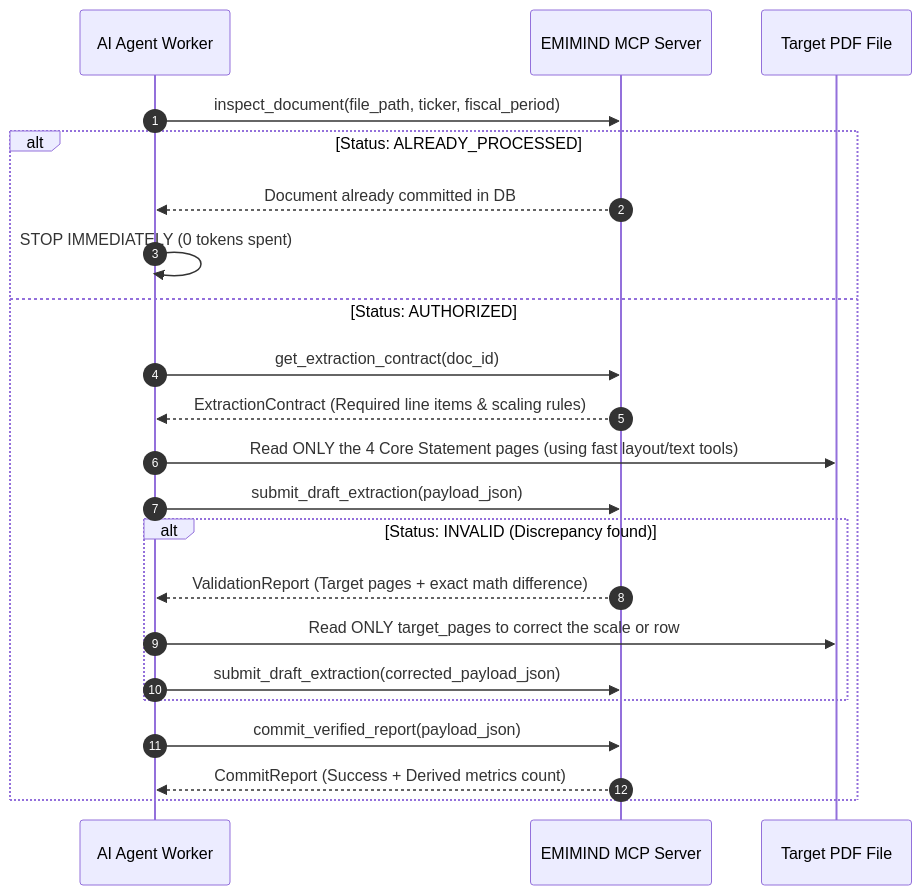
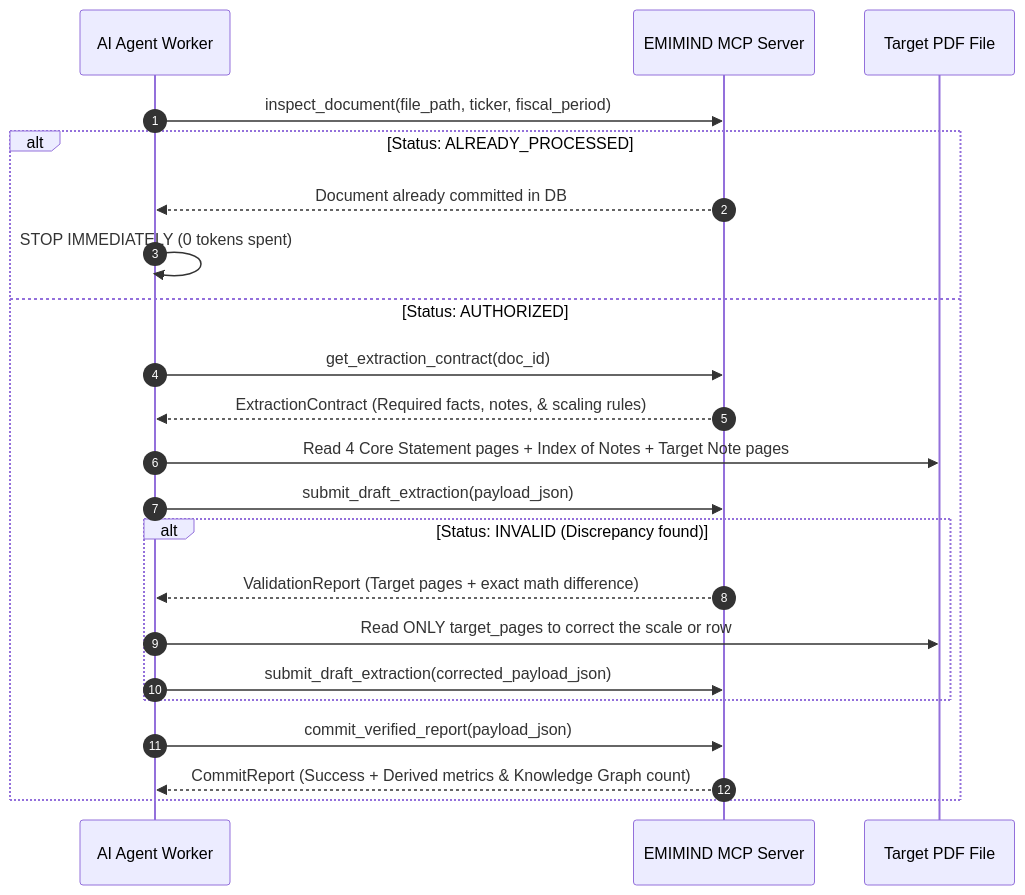
Before and after one commit to rizkysaputra4/EmiMind: the diagram in incoming_reports/INSTRUCTIONS.md, drawn with Mermaid. The commit also changed other lines of this file and 3 other files, not shown here.

Commit message:
feat(mcp): support causal links extraction and targeted note navigation in MCP contract

````diff
--- a/incoming_reports/INSTRUCTIONS.md
+++ b/incoming_reports/INSTRUCTIONS.md
@@ -28,25 +33,25 @@
 ```mermaid
 sequenceDiagram
     autonumber
     participant Agent as AI Agent Worker
     participant MCP as EMIMIND MCP Server
     participant PDF as Target PDF File
 
     Agent->>MCP: inspect_document(file_path, ticker, fiscal_period)
     alt Status: ALREADY_PROCESSED
         MCP-->>Agent: Document already committed in DB
         Agent->>Agent: STOP IMMEDIATELY (0 tokens spent)
     else Status: AUTHORIZED
         Agent->>MCP: get_extraction_contract(doc_id)
-        MCP-->>Agent: ExtractionContract (Required line items & scaling rules)
-        Agent->>PDF: Read ONLY the 4 Core Statement pages (using fast layout/text tools)
+        MCP-->>Agent: ExtractionContract (Required facts, notes, & scaling rules)
+        Agent->>PDF: Read 4 Core Statement pages + Index of Notes + Target Note pages
         Agent->>MCP: submit_draft_extraction(payload_json)
         alt Status: INVALID (Discrepancy found)
             MCP-->>Agent: ValidationReport (Target pages + exact math difference)
             Agent->>PDF: Read ONLY target_pages to correct the scale or row
             Agent->>MCP: submit_draft_extraction(corrected_payload_json)
         end
         Agent->>MCP: commit_verified_report(payload_json)
-        MCP-->>Agent: CommitReport (Success + Derived metrics count)
+        MCP-->>Agent: CommitReport (Success + Derived metrics & Knowledge Graph count)
     end
 ```
````
